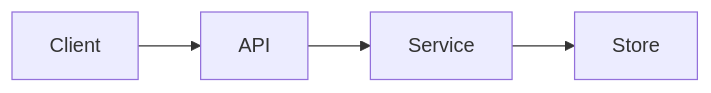
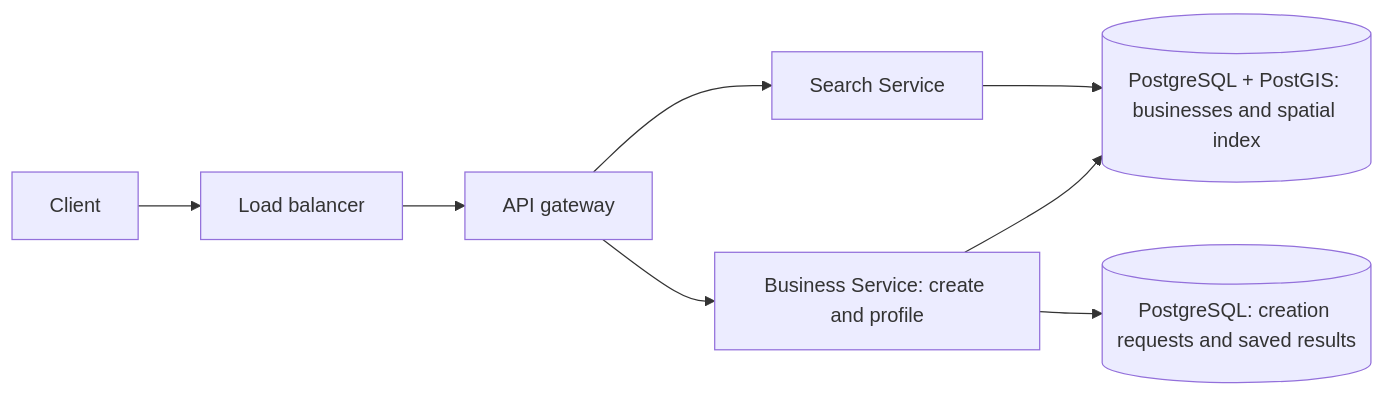
The diagram in questions/proximity-service/README.md (CharlotteYW/system-design-interview), drawn with Mermaid before and after one commit. The commit also changed other lines of this file and 30 other files, not shown here.

Commit message:
Complete Proximity Service design and spatial search lab

````diff
--- a/questions/proximity-service/README.md
+++ b/questions/proximity-service/README.md
@@ -50,8 +219,9 @@
 ```mermaid
 flowchart LR
-  client[Client]
-  api[API]
-  svc[Service]
-  db[Store]
-  client --> api --> svc --> db
+  C[Client] --> L[Load balancer] --> G[API gateway]
+  G --> S[Search Service]
+  G --> B[Business Service: create and profile]
+  S --> P[(PostgreSQL + PostGIS: businesses and spatial index)]
+  B --> P
+  B --> R[(PostgreSQL: creation requests and saved results)]
 ```
````
